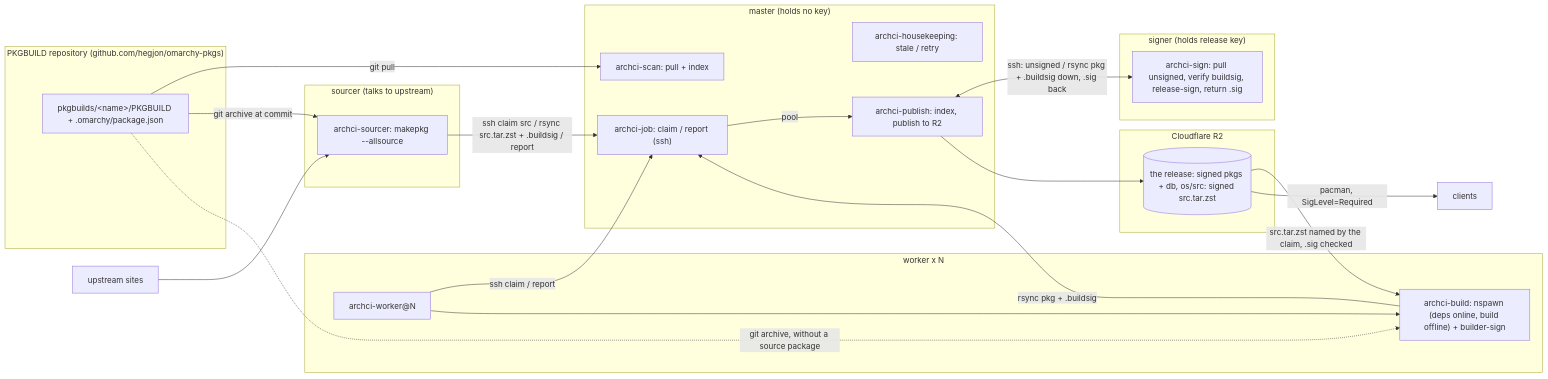
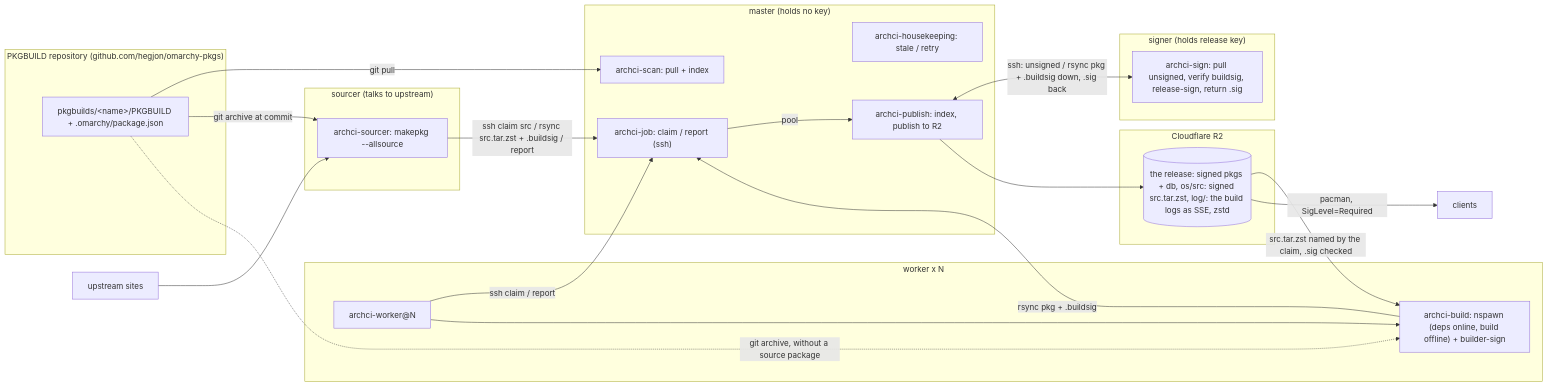
One commit to hegjon/archci changed the first of 2 diagrams in README.md. Above: the diagram before and after it, drawn with Mermaid. The commit also changed other lines of this file and 13 other files, not shown here.

````diff
--- a/README.md
+++ b/README.md
@@ -50,38 +50,38 @@
 ```mermaid
 flowchart LR
   subgraph GH["PKGBUILD repository (github.com/hegjon/omarchy-pkgs)"]
     PK["pkgbuilds/&lt;name&gt;/PKGBUILD + .omarchy/package.json"]
   end
   subgraph MASTER["master (holds no key)"]
     SCAN["archci-scan: pull + index"]
     JOB["archci-job: claim / report (ssh)"]
     KEEP["archci-housekeeping: stale / retry"]
     PUB["archci-publish: index, publish to R2"]
   end
   subgraph WORKER["worker x N"]
     WL["archci-worker@N"]
     BUILD["archci-build: nspawn (deps online, build offline) + builder-sign"]
   end
   subgraph SIGNER["signer (holds release key)"]
     SIGN["archci-sign: pull unsigned, verify buildsig, release-sign, return .sig"]
   end
   subgraph SOURCER["sourcer (talks to upstream)"]
     SRCR["archci-sourcer: makepkg --allsource"]
   end
   subgraph R2["Cloudflare R2"]
-    REL[("the release: signed pkgs + db, os/src: signed src.tar.zst")]
+    REL[("the release: signed pkgs + db, os/src: signed src.tar.zst, log/: the build logs as SSE, zstd")]
   end
   PK -->|git pull| SCAN
   WL -->|ssh claim / report| JOB
   WL --> BUILD
   SRCR -->|ssh claim src / rsync src.tar.zst + .buildsig / report| JOB
   PK -->|git archive at commit| SRCR
   UP["upstream sites"] --> SRCR
   REL -->|src.tar.zst named by the claim, .sig checked| BUILD
   PK -.->|git archive, without a source package| BUILD
   BUILD -->|rsync pkg + .buildsig| JOB
   JOB -->|pool| PUB
   PUB <-->|"ssh: unsigned / rsync pkg + .buildsig down, .sig back"| SIGN
   PUB --> REL
   REL -->|"pacman, SigLevel=Required"| CLIENTS["clients"]
 ```
````
